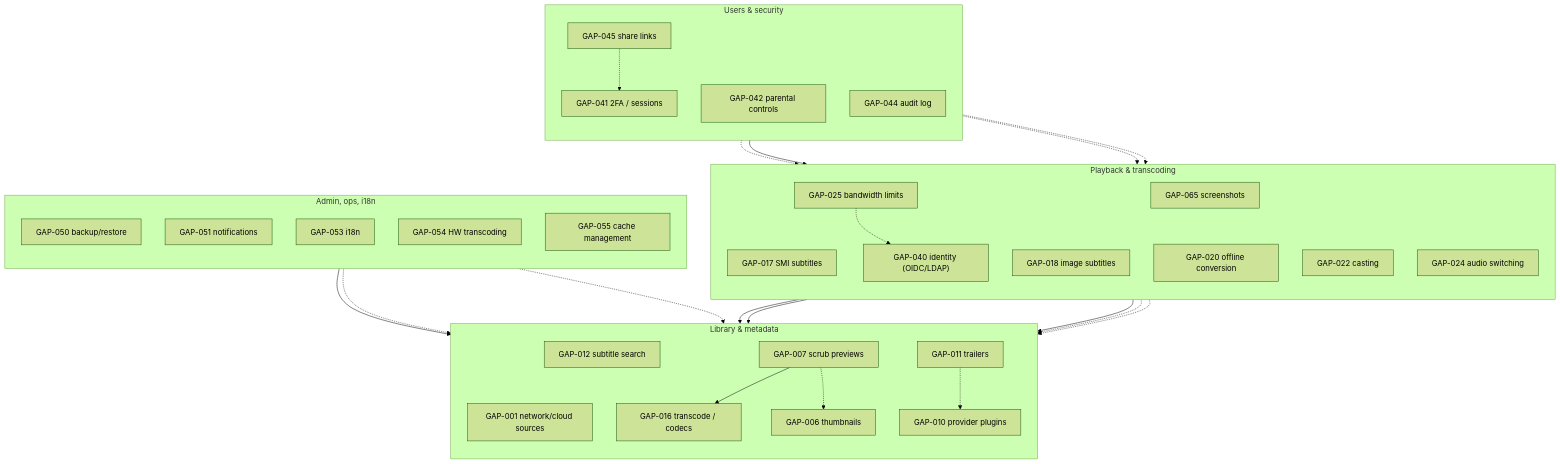
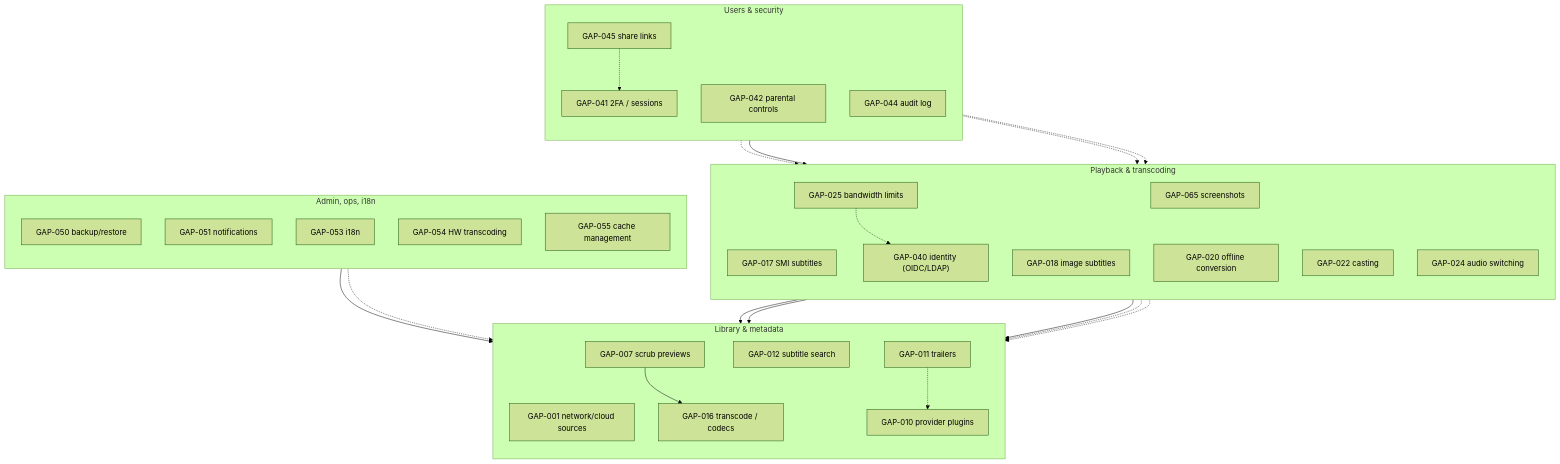
One commit to liyu1981/my-videostation changed the diagram in docs/GAPS.md. Above: the diagram before and after it, drawn with Mermaid (forest theme). The commit also changed other lines of this file and 22 other files, not shown here.

````diff
--- a/docs/GAPS.md
+++ b/docs/GAPS.md
@@ -88,69 +88,66 @@
 ```mermaid
 flowchart TB
   subgraph Library["Library & metadata"]
     direction TB
     G1["GAP-001 network/cloud sources"]
-    G6["GAP-006 thumbnails"]
     G7["GAP-007 scrub previews"]
     G10["GAP-010 provider plugins"]
     G11["GAP-011 trailers"]
     G12["GAP-012 subtitle search"]
 
     G7 --> G16
-    G7 -.-> G6
     G11 -.-> G10
   end
 
   subgraph Playback["Playback & transcoding"]
     direction TB
     G16["GAP-016 transcode / codecs"]
     G17["GAP-017 SMI subtitles"]
     G18["GAP-018 image subtitles"]
     G20["GAP-020 offline conversion"]
     G22["GAP-022 casting"]
     G24["GAP-024 audio switching"]
     G25["GAP-025 bandwidth limits"]
     G65["GAP-065 screenshots"]
 
     G18 --> G16
     G20 --> G16
     G24 --> G16
     G22 -.-> G16
     G65 -.-> G16
     G25 -.-> G40
   end
 
   subgraph Users["Users & security"]
     direction TB
     G40["GAP-040 identity (OIDC/LDAP)"]
     G41["GAP-041 2FA / sessions"]
     G42["GAP-042 parental controls"]
     G44["GAP-044 audit log"]
     G45["GAP-045 share links"]
 
     G41 -.-> G40
     G42 --> G40
     G44 -.-> G40
     G45 -.-> G41
     G45 -.-> G25
   end
 
   subgraph Ops["Admin, ops, i18n"]
     direction TB
     G50["GAP-050 backup/restore"]
     G51["GAP-051 notifications"]
     G53["GAP-053 i18n"]
     G54["GAP-054 HW transcoding"]
     G55["GAP-055 cache management"]
 
     G54 --> G16
-    G55 -.-> G6
     G55 -.-> G16
   end
 
   %% layout-only links keep the clusters stacked
   G12 ~~~ G16
   G65 ~~~ G40
   G45 ~~~ G50
   G55 ~~~ G16
 ```
````
